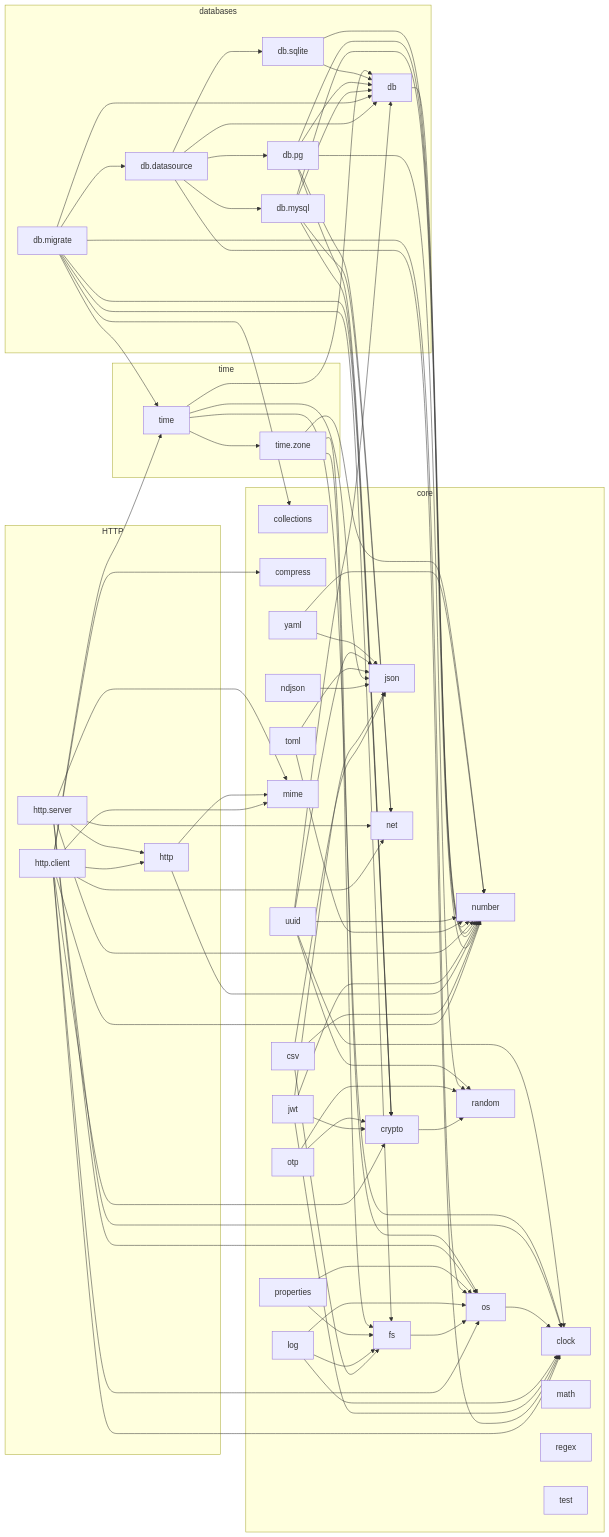
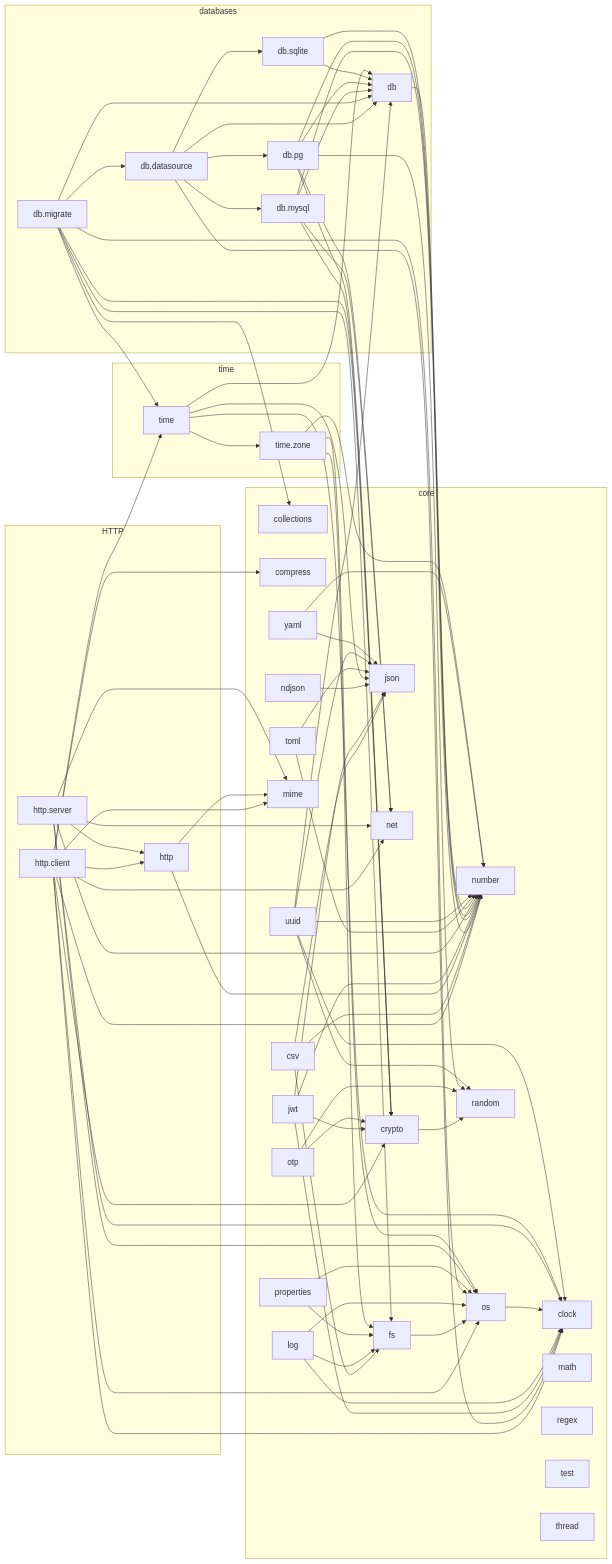
Before and after one commit to vasnatech/ziman: the diagram in docs/lib/dependencies.md, drawn with Mermaid. The commit also changed other lines of this file and 28 other files, not shown here.

```diff
--- a/docs/lib/dependencies.md
+++ b/docs/lib/dependencies.md
@@ -28,6 +28,7 @@
         random["random"]
         regex["regex"]
         test["test"]
+        thread["thread"]
         toml["toml"]
         uuid["uuid"]
         yaml["yaml"]
```
